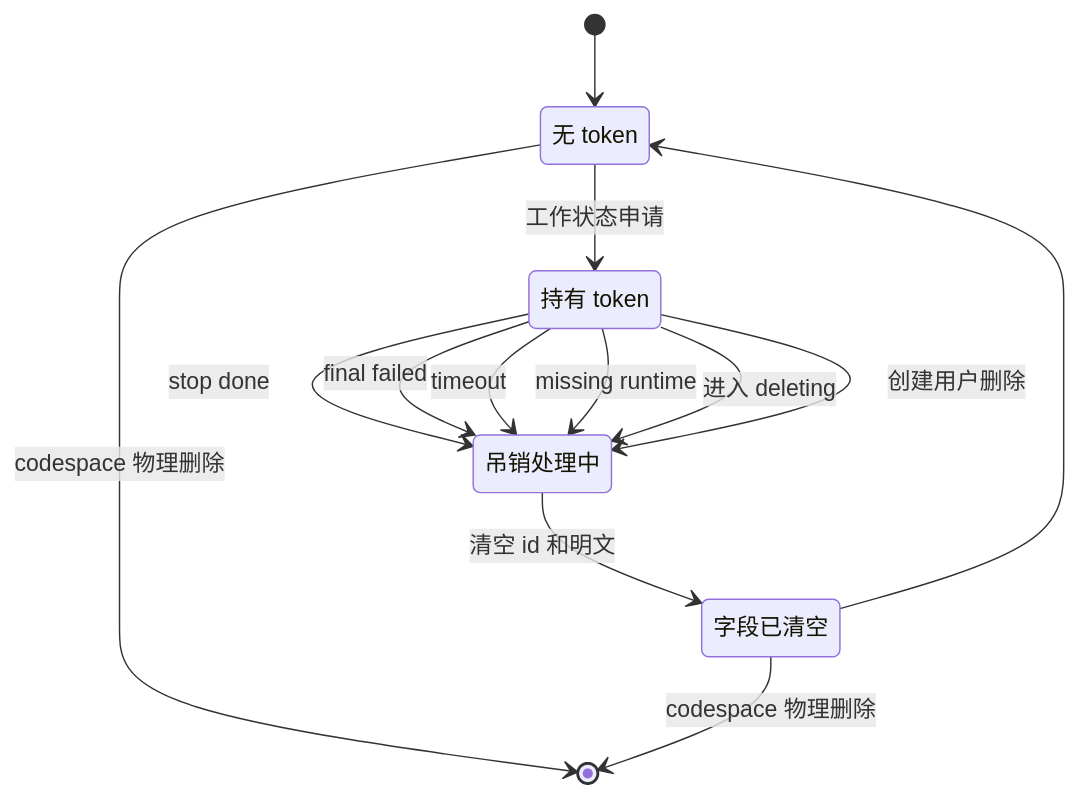
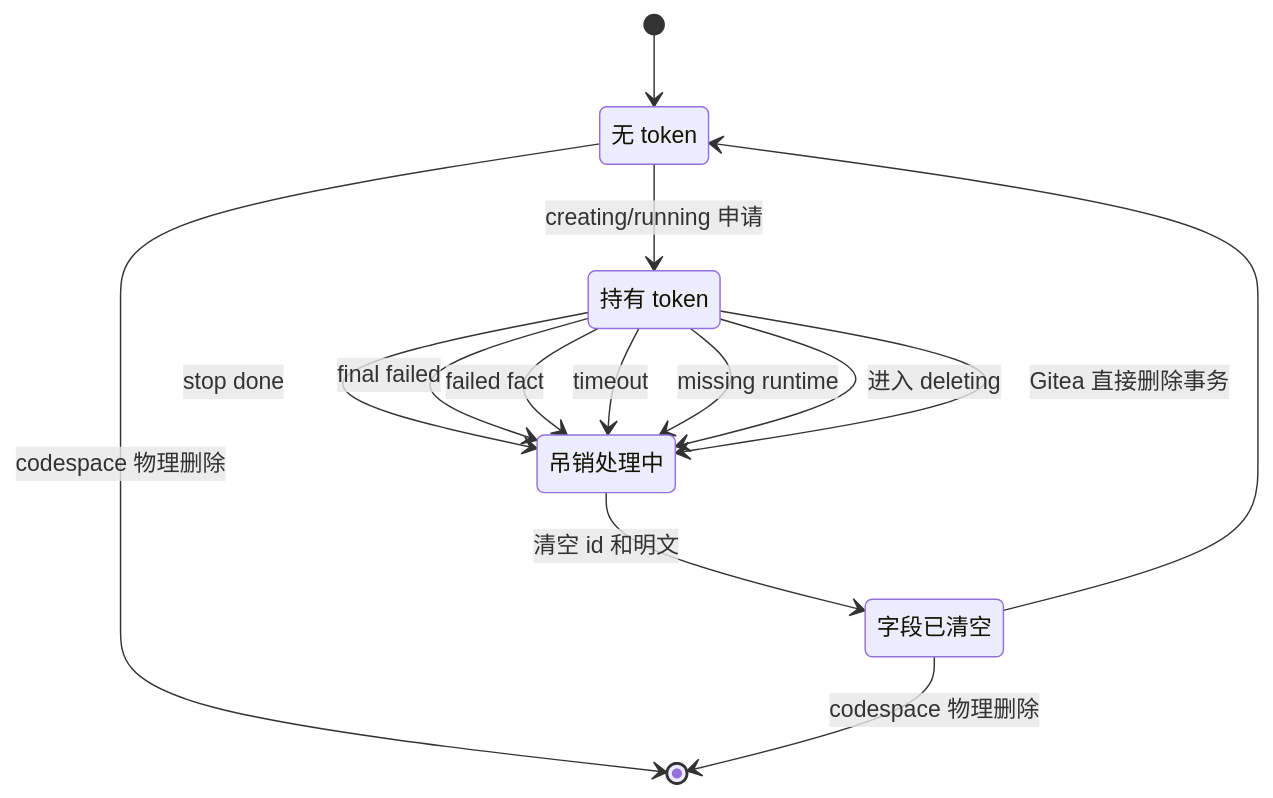
One commit to ExplodingDragon/gitea-dev changed the fourth of 4 diagrams in src/state-machine.md. Above: the diagram before and after it, drawn with Mermaid. The commit also changed other lines of this file and 9 other files, not shown here.

````diff
--- a/src/state-machine.md
+++ b/src/state-machine.md
@@ -369,22 +393,23 @@
 ```mermaid
 stateDiagram-v2
     direction TB
 
     NoToken: 无 token
     HasToken: 持有 token
     Revoking: 吊销处理中
     Cleared: 字段已清空
 
     [*] --> NoToken
-    NoToken --> HasToken: 工作状态申请
+    NoToken --> HasToken: creating/running 申请
     HasToken --> Revoking: stop done
     HasToken --> Revoking: final failed
+    HasToken --> Revoking: failed fact
     HasToken --> Revoking: timeout
     HasToken --> Revoking: missing runtime
     HasToken --> Revoking: 进入 deleting
-    HasToken --> Revoking: 创建用户删除
+    HasToken --> Revoking: Gitea 直接删除事务
     Revoking --> Cleared: 清空 id 和明文
     Cleared --> NoToken
     NoToken --> [*]: codespace 物理删除
     Cleared --> [*]: codespace 物理删除
 ```
````
